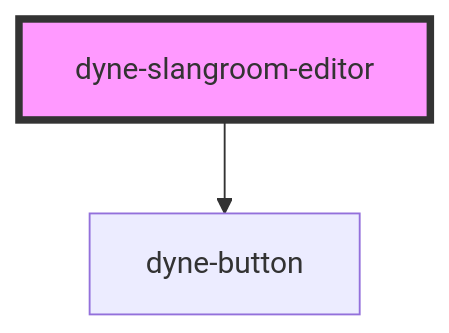
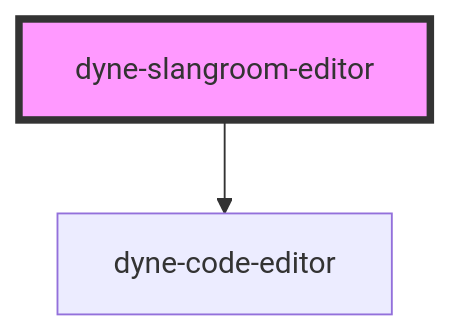
One commit to dyne/components changed the diagram in src/components/dyne-slangroom-editor/readme.md. Above: the diagram before and after it, drawn with Mermaid. The commit also changed other lines of this file and 17 other files, not shown here.

````diff
--- a/src/components/dyne-slangroom-editor/readme.md
+++ b/src/components/dyne-slangroom-editor/readme.md
@@ -49,5 +36,5 @@
 ```mermaid
 graph TD;
-  dyne-slangroom-editor --> dyne-button
+  dyne-slangroom-editor --> dyne-code-editor
   style dyne-slangroom-editor fill:#f9f,stroke:#333,stroke-width:4px
 ```
````
